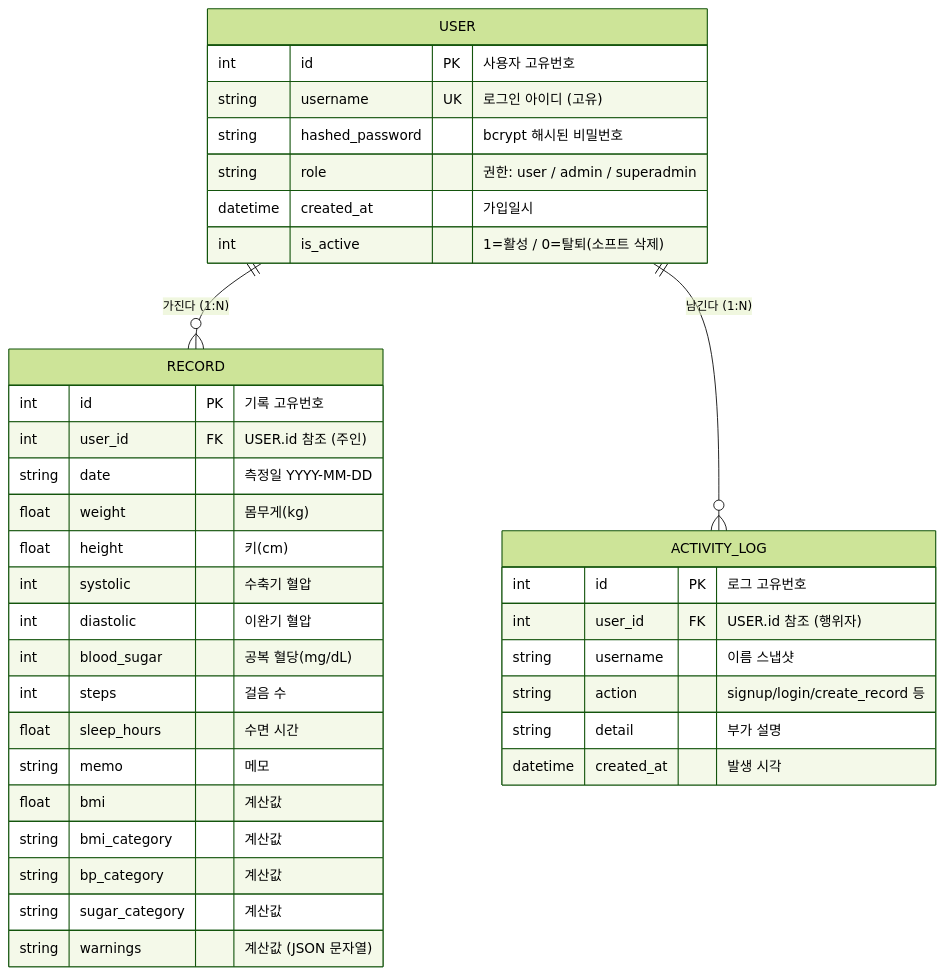
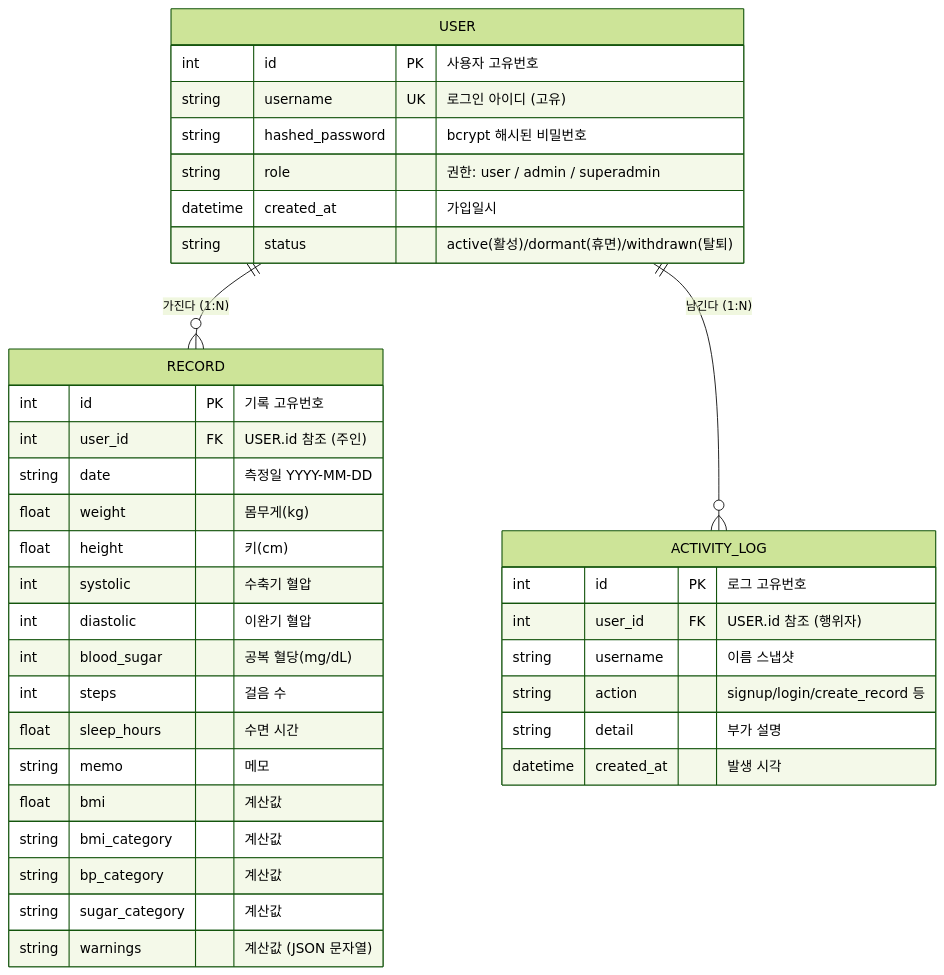
The diagram in docs/ERD.md (jeonkooseong-hue/health-log-api), drawn with Mermaid (forest theme) before and after one commit. The commit also changed 6 other files, not shown here.

````diff
--- a/docs/ERD.md
+++ b/docs/ERD.md
@@ -5,42 +5,42 @@
 ```mermaid
 erDiagram
     USER ||--o{ RECORD : "가진다 (1:N)"
     USER ||--o{ ACTIVITY_LOG : "남긴다 (1:N)"
 
     USER {
         int id PK "사용자 고유번호"
         string username UK "로그인 아이디 (고유)"
         string hashed_password "bcrypt 해시된 비밀번호"
         string role "권한: user / admin / superadmin"
         datetime created_at "가입일시"
-        int is_active "1=활성 / 0=탈퇴(소프트 삭제)"
+        string status "active(활성)/dormant(휴면)/withdrawn(탈퇴)"
     }
 
     RECORD {
         int id PK "기록 고유번호"
         int user_id FK "USER.id 참조 (주인)"
         string date "측정일 YYYY-MM-DD"
         float weight "몸무게(kg)"
         float height "키(cm)"
         int systolic "수축기 혈압"
         int diastolic "이완기 혈압"
         int blood_sugar "공복 혈당(mg/dL)"
         int steps "걸음 수"
         float sleep_hours "수면 시간"
         string memo "메모"
         float bmi "계산값"
         string bmi_category "계산값"
         string bp_category "계산값"
         string sugar_category "계산값"
         string warnings "계산값 (JSON 문자열)"
     }
 
     ACTIVITY_LOG {
         int id PK "로그 고유번호"
         int user_id FK "USER.id 참조 (행위자)"
         string username "이름 스냅샷"
         string action "signup/login/create_record 등"
         string detail "부가 설명"
         datetime created_at "발생 시각"
     }
 ```
````
